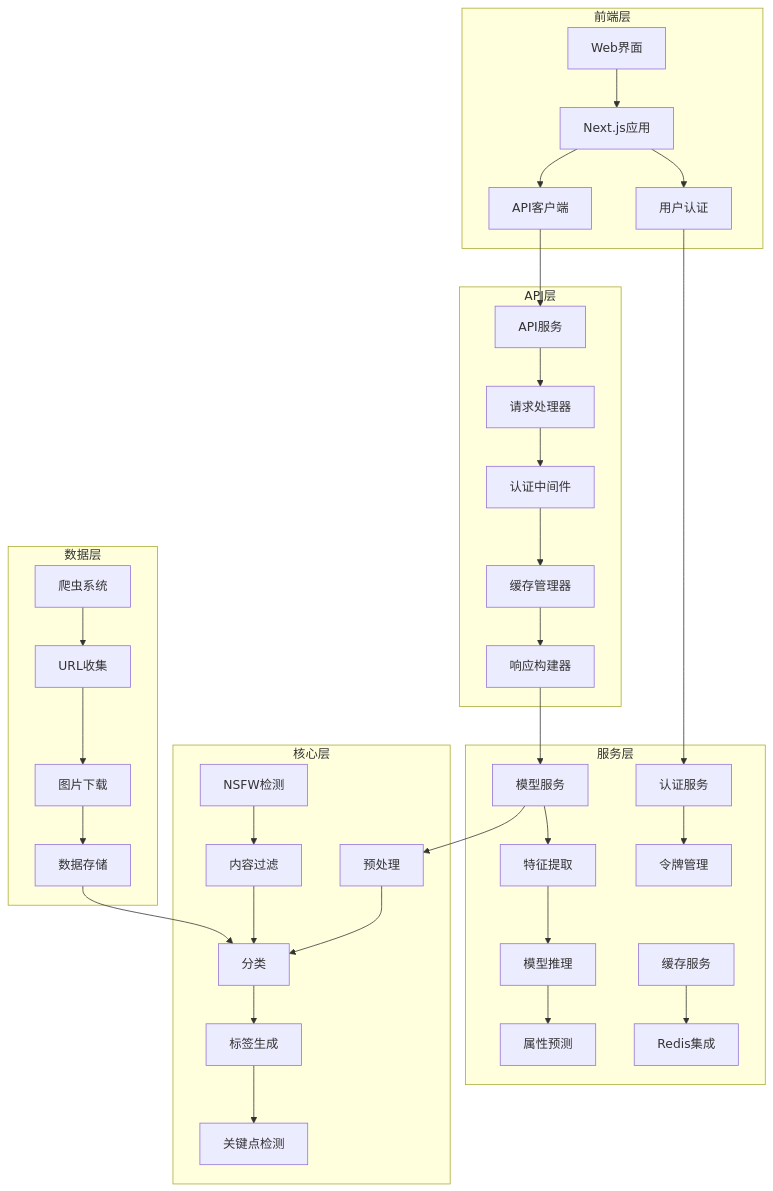
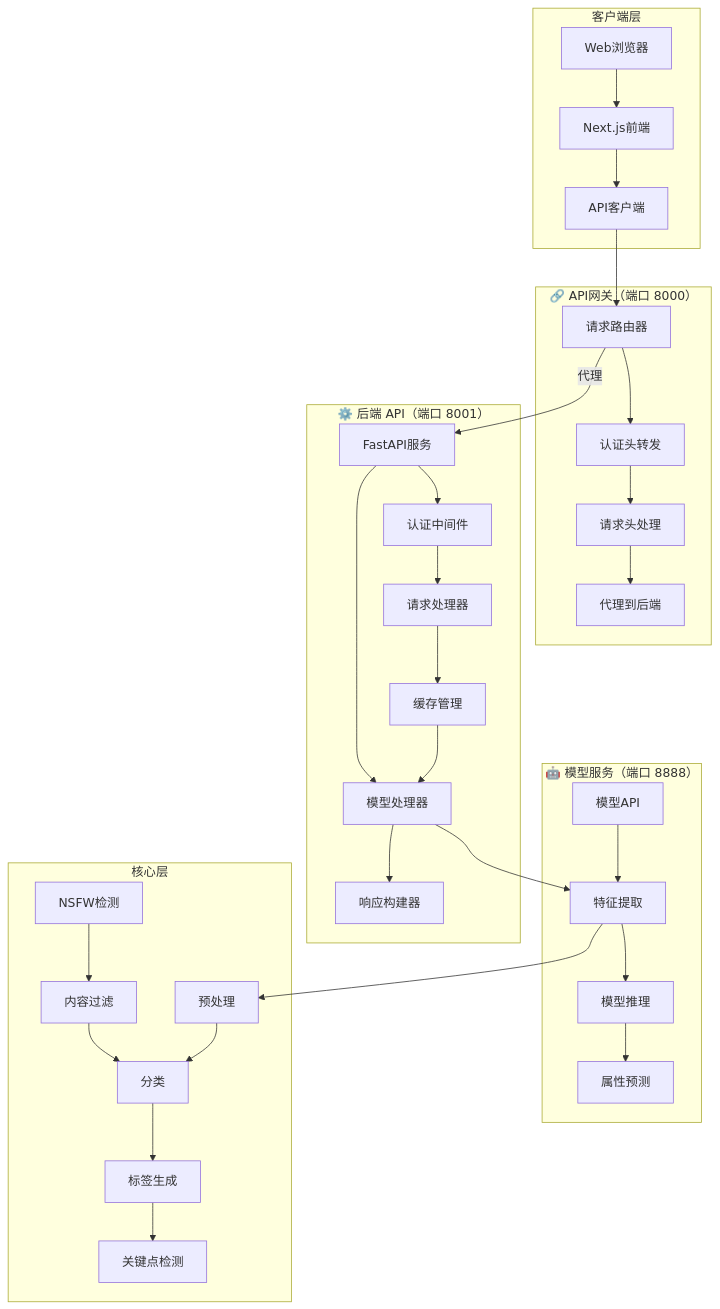
One commit to caozhaoqi/anime_role_detect changed the first of 2 diagrams in README.zh.md. Above: the diagram before and after it, drawn with Mermaid. The commit also changed other lines of this file and 3 other files, not shown here.

````diff
--- a/README.zh.md
+++ b/README.zh.md
@@ -135,43 +137,44 @@
 ```mermaid
 flowchart TD
-    subgraph 前端层
-        A[Web界面] --> B[Next.js应用]
+    subgraph 客户端层
+        A[Web浏览器] --> B[Next.js前端]
         B --> C[API客户端]
-        B --> D[用户认证]
     end
-    
-    subgraph API层
-        E[API服务] --> F[请求处理器]
-        F --> G[认证中间件]
-        G --> H[缓存管理器]
-        H --> I[响应构建器]
+
+    subgraph 网关层["🔗 API网关（端口 8000）"]
+        D[请求路由器]
+        D --> E[认证头转发]
+        E --> F[请求头处理]
+        F --> G[代理到后端]
     end
-    
-    subgraph 服务层
-        J[模型服务] --> K[特征提取]
-        K --> L[模型推理]
-        L --> M[属性预测]
-        N[认证服务] --> O[令牌管理]
-        P[缓存服务] --> Q[Redis集成]
+
+    subgraph 后端层["⚙️ 后端 API（端口 8001）"]
+        H[FastAPI服务]
+        H --> I[认证中间件]
+        I --> J[请求处理器]
+        J --> K[缓存管理]
+        K --> L[模型处理器]
+        L --> M[响应构建器]
     end
-    
+
+    subgraph 模型层["🤖 模型服务（端口 8888）"]
+        N[模型API]
+        N --> O[特征提取]
+        O --> P[模型推理]
+        P --> Q[属性预测]
+    end
+
     subgraph 核心层
         R[预处理] --> S[分类]
         S --> T[标签生成]
         T --> U[关键点检测]
         V[NSFW检测] --> W[内容过滤]
     end
-    
-    subgraph 数据层
-        X[爬虫系统] --> Y[URL收集]
-        Y --> Z[图片下载]
-        Z --> AA[数据存储]
-    end
-    
-    C --> E
-    D --> N
-    I --> J
-    J --> R
+
+    C --> D
+    D -->|代理| H
+    H --> L
+    L --> O
+    O --> R
     W --> S
-    AA --> S
 ```
````
